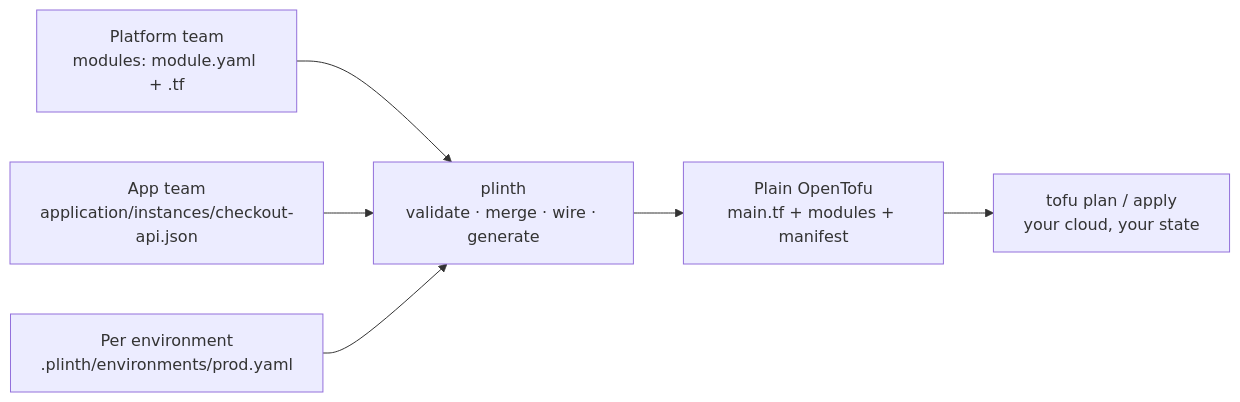
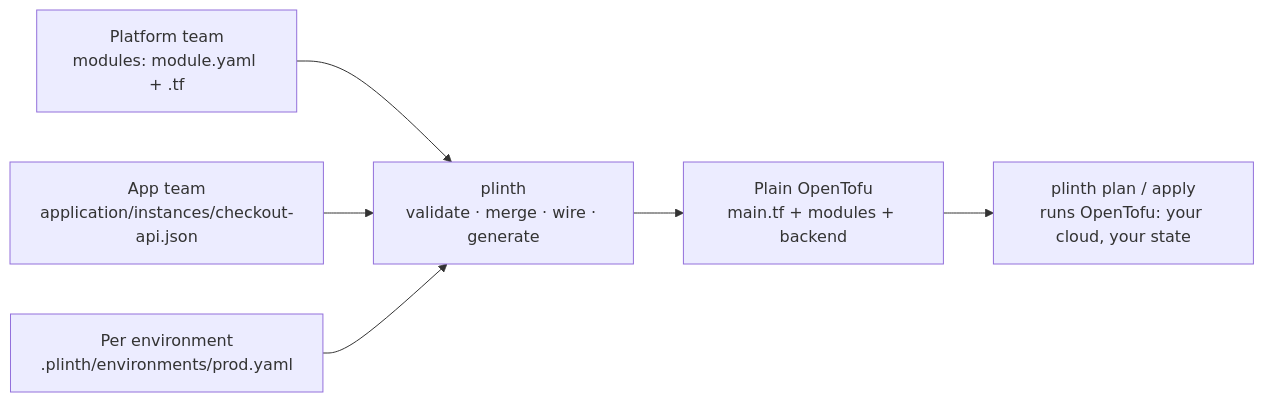
One commit to Dhananjay-JSR/Plinth changed the diagram in README.md. Above: the diagram before and after it, drawn with Mermaid. The commit also changed other lines of this file and 1 other file, not shown here.

Commit message:
Document plan, apply, destroy, drift and module validate in README

````diff
--- a/README.md
+++ b/README.md
@@ -20,13 +23,13 @@
 ```mermaid
 flowchart LR
     MOD["Platform team<br/>modules: module.yaml + .tf"]
     INST["App team<br/>application/instances/checkout-api.json"]
     ENV["Per environment<br/>.plinth/environments/prod.yaml"]
     PL["plinth<br/>validate · merge · wire · generate"]
-    OUT["Plain OpenTofu<br/>main.tf + modules + manifest"]
-    TOFU["tofu plan / apply<br/>your cloud, your state"]
+    OUT["Plain OpenTofu<br/>main.tf + modules + backend"]
+    TOFU["plinth plan / apply<br/>runs OpenTofu: your cloud, your state"]
     MOD --> PL
     INST --> PL
     ENV --> PL
     PL --> OUT --> TOFU
 ```
````
